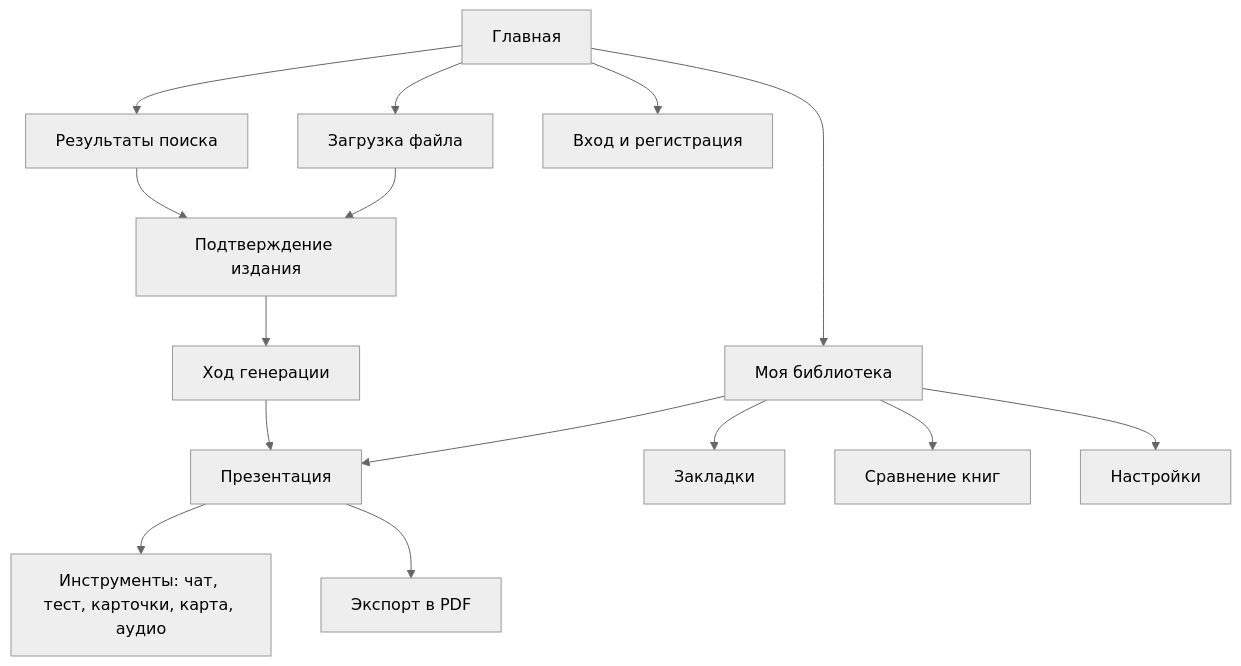
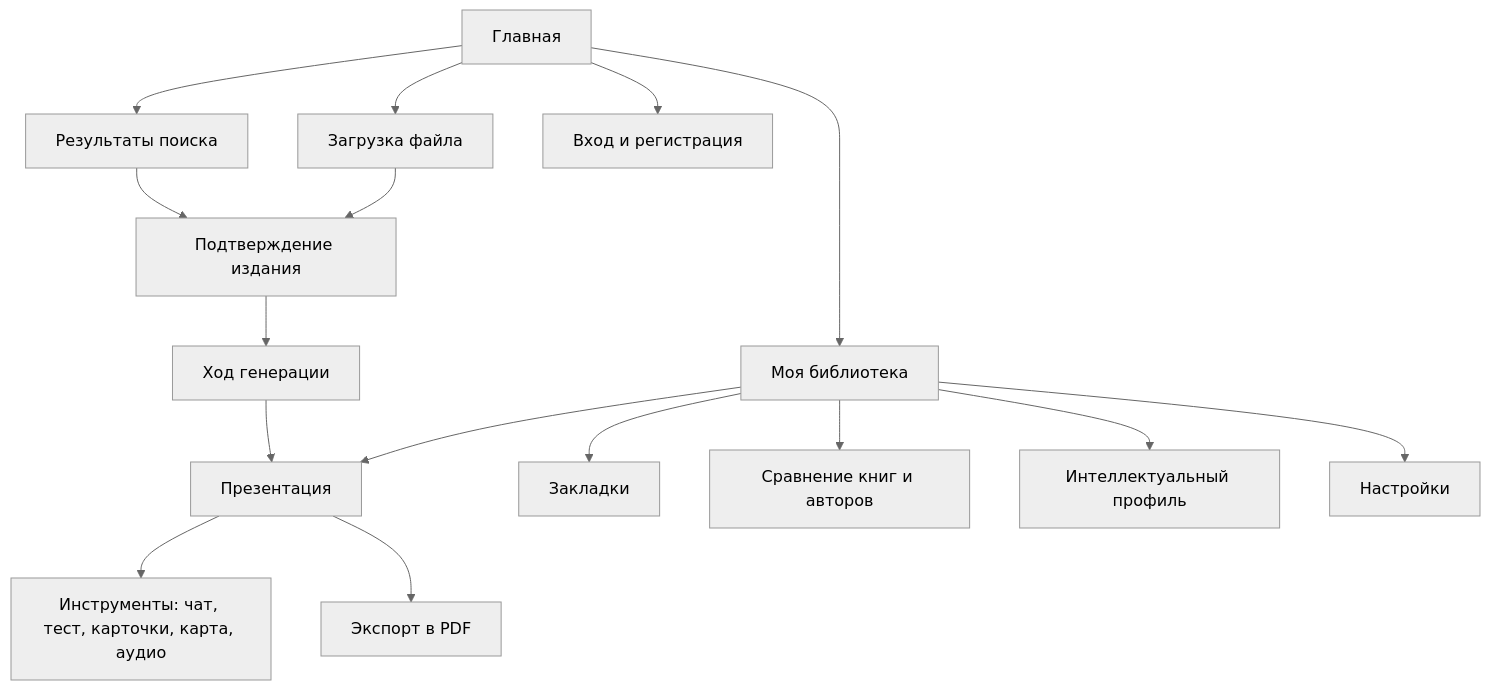
Before and after one commit to Label777/AI-Book-Intelligence: the diagram in docs/02-ux-ui.md, drawn with Mermaid (neutral theme). The commit also changed other lines of this file and 5 other files, not shown here.

````diff
--- a/docs/02-ux-ui.md
+++ b/docs/02-ux-ui.md
@@ -13,17 +13,18 @@
 ```mermaid
 flowchart TD
     Home[Главная] --> Search[Результаты поиска]
     Home --> Upload[Загрузка файла]
     Search --> Confirm[Подтверждение издания]
     Upload --> Confirm
     Confirm --> Progress[Ход генерации]
     Progress --> Deck[Презентация]
     Deck --> Tools[Инструменты: чат, тест, карточки, карта, аудио]
     Deck --> Export[Экспорт в PDF]
     Home --> Library[Моя библиотека]
     Library --> Deck
     Library --> Bookmarks[Закладки]
-    Library --> Compare[Сравнение книг]
+    Library --> Compare[Сравнение книг и авторов]
+    Library --> Profile[Интеллектуальный профиль]
     Home --> Auth[Вход и регистрация]
     Library --> Settings[Настройки]
 ```
````
